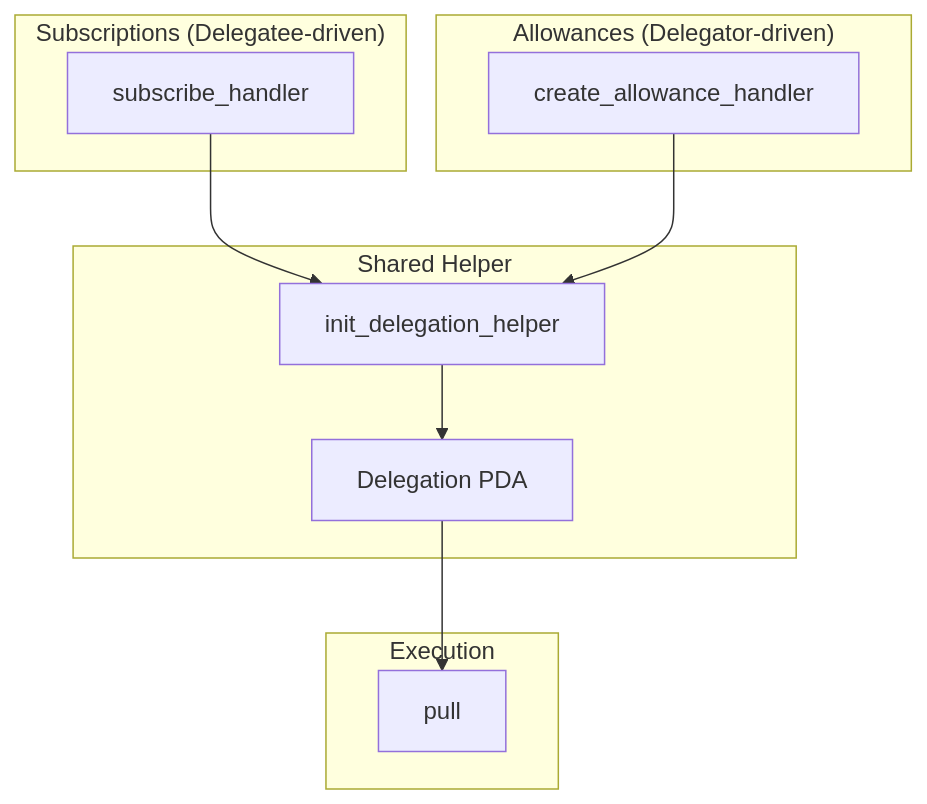
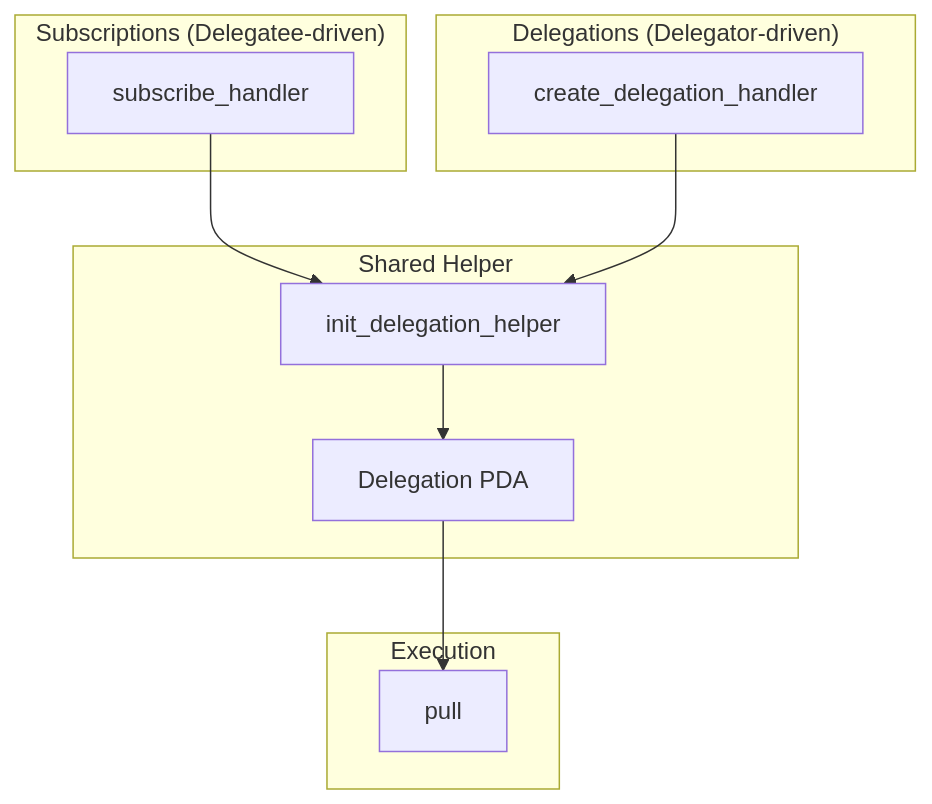
Before and after one commit to solana-program/multi-delegator: the sixth of 6 diagrams in docs/001-multi-delegator-architecture.md, drawn with Mermaid. The commit also changed other lines of this file and 22 other files, not shown here.

````diff
--- a/docs/001-multi-delegator-architecture.md
+++ b/docs/001-multi-delegator-architecture.md
@@ -360,20 +360,20 @@
 ```mermaid
 flowchart TB
     subgraph "Subscriptions (Delegatee-driven)"
         A1[subscribe_handler]
     end
 
-    subgraph "Allowances (Delegator-driven)"
-        A2[create_allowance_handler]
+    subgraph "Delegations (Delegator-driven)"
+        A2[create_delegation_handler]
     end
 
     subgraph "Shared Helper"
         A1 --> H[init_delegation_helper]
         A2 --> H
         H --> D[Delegation PDA]
     end
 
     subgraph "Execution"
         D --> P1[pull]
     end
 ```
````
